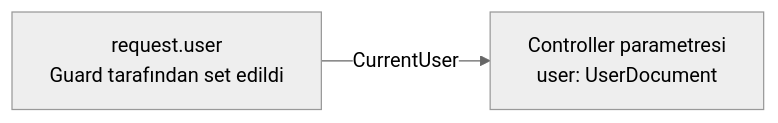
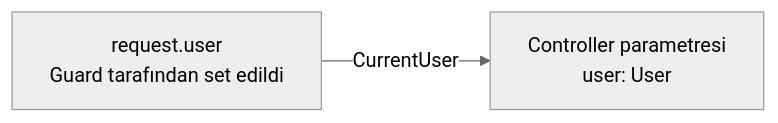
Before and after one commit to HuseyinKaraman/nestjs-microservice: the fourth of 7 diagrams in docs/AUTH_FLOW.md, drawn with Mermaid (neutral theme). The commit also changed other lines of this file and 37 other files, not shown here.

````diff
--- a/docs/AUTH_FLOW.md
+++ b/docs/AUTH_FLOW.md
@@ -126,4 +126,4 @@
 ```mermaid
 flowchart LR
-    REQ[request.user\nGuard tarafından set edildi] -->|CurrentUser| PARAM[Controller parametresi\nuser: UserDocument]
+    REQ[request.user\nGuard tarafından set edildi] -->|CurrentUser| PARAM[Controller parametresi\nuser: User]
 ```
````
